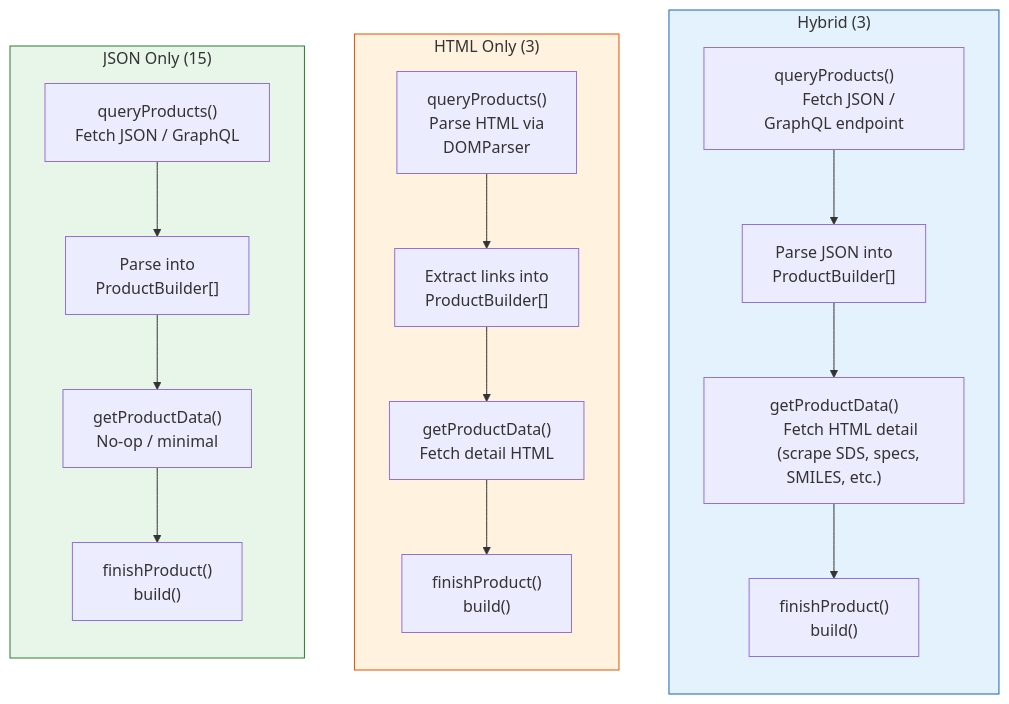
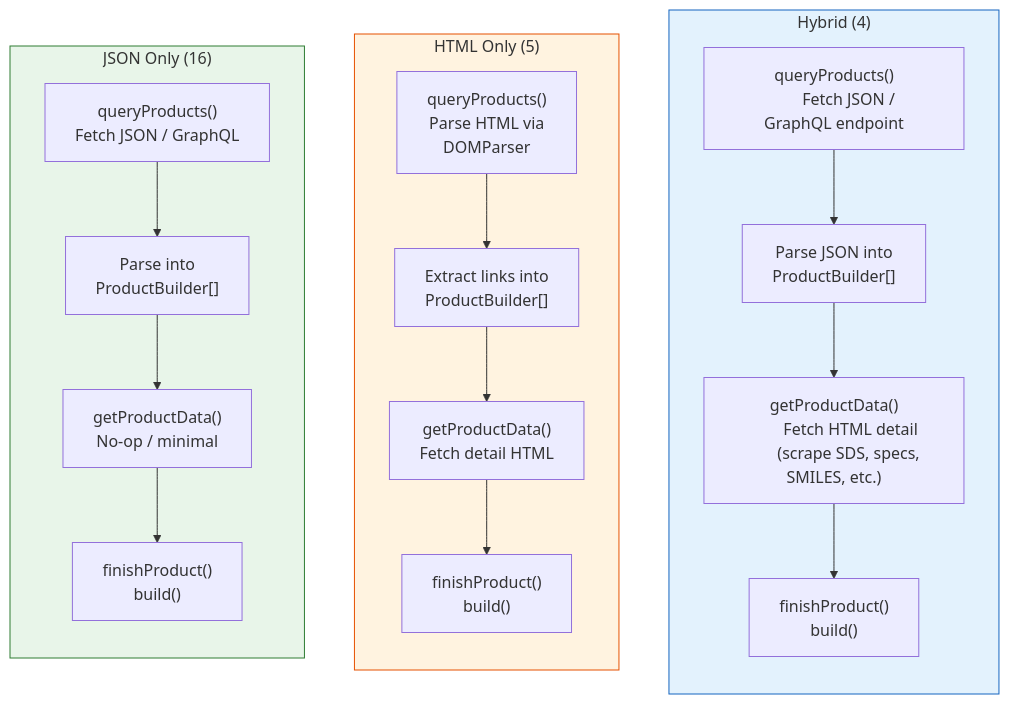
Before and after one commit to jhyland87/chem-pal: the third of 5 diagrams in pages/diagrams/supplier-lifecycle.md, drawn with Mermaid. The commit also changed other lines of this file and 5 other files, not shown here.

````diff
--- a/pages/diagrams/supplier-lifecycle.md
+++ b/pages/diagrams/supplier-lifecycle.md
@@ -131,49 +139,49 @@
 ```mermaid
 flowchart LR
-    subgraph JSON["JSON Only (15)"]
+    subgraph JSON["JSON Only (16)"]
         direction TB
         J1["queryProducts()
         Fetch JSON / GraphQL"]
         J2["Parse into
         ProductBuilder[]"]
         J3["getProductData()
         No-op / minimal"]
         J4["finishProduct()
         build()"]
         J1 --> J2 --> J3 --> J4
     end
 
-    subgraph HTML["HTML Only (3)"]
+    subgraph HTML["HTML Only (5)"]
         direction TB
         H1["queryProducts()
         Parse HTML via
         DOMParser"]
         H2["Extract links into
         ProductBuilder[]"]
         H3["getProductData()
         Fetch detail HTML"]
         H4["finishProduct()
         build()"]
         H1 --> H2 --> H3 --> H4
     end
 
-    subgraph Hybrid["Hybrid (3)"]
+    subgraph Hybrid["Hybrid (4)"]
         direction TB
         HY1["queryProducts()
         Fetch JSON / GraphQL endpoint"]
         HY2["Parse JSON into
         ProductBuilder[]"]
         HY3["getProductData()
         Fetch HTML detail
         (scrape SDS, specs, SMILES, etc.)"]
         HY4["finishProduct()
         build()"]
         HY1 --> HY2 --> HY3 --> HY4
     end
 
     JSON ~~~ HTML ~~~ Hybrid
 
     style JSON fill:#e8f5e9,stroke:#2e7d32
     style HTML fill:#fff3e0,stroke:#e65100
     style Hybrid fill:#e3f2fd,stroke:#1565c0
 ```
````
